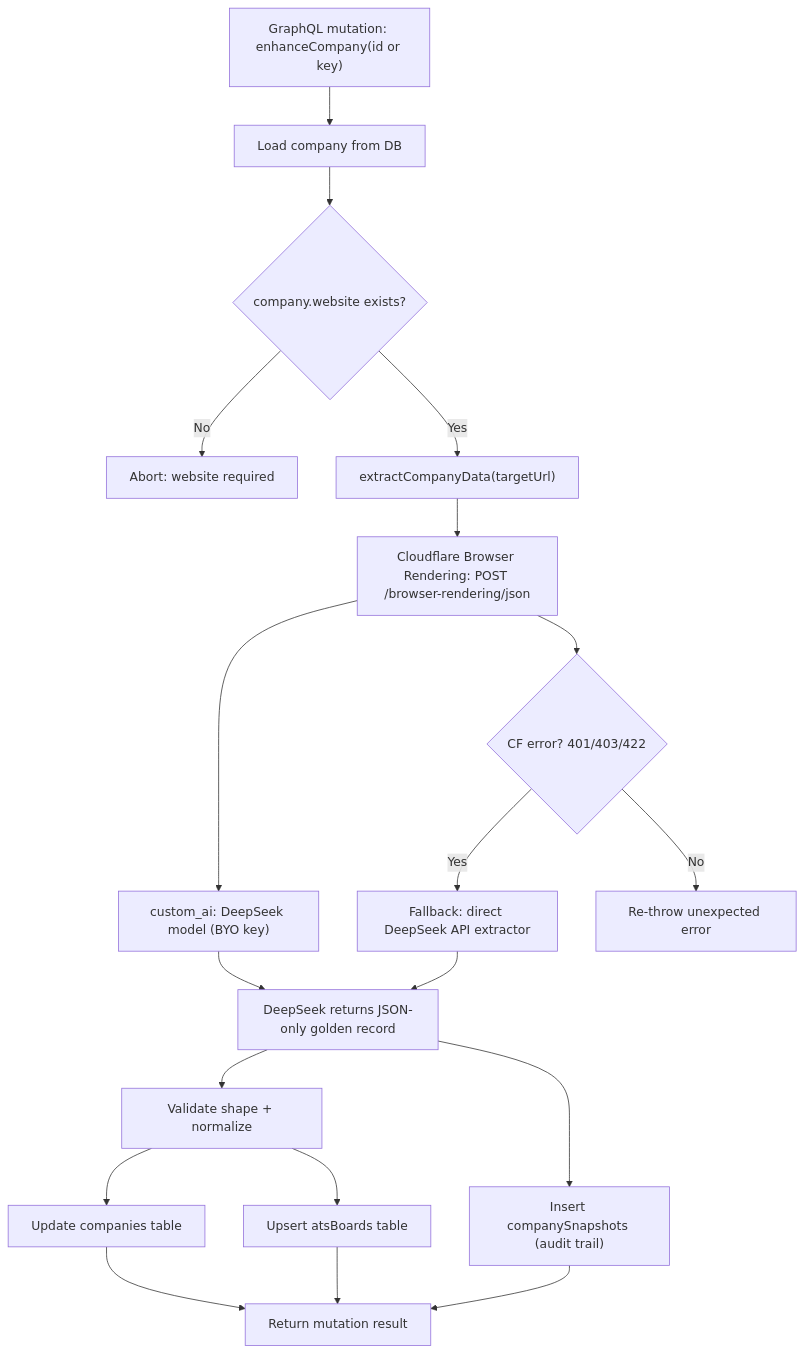
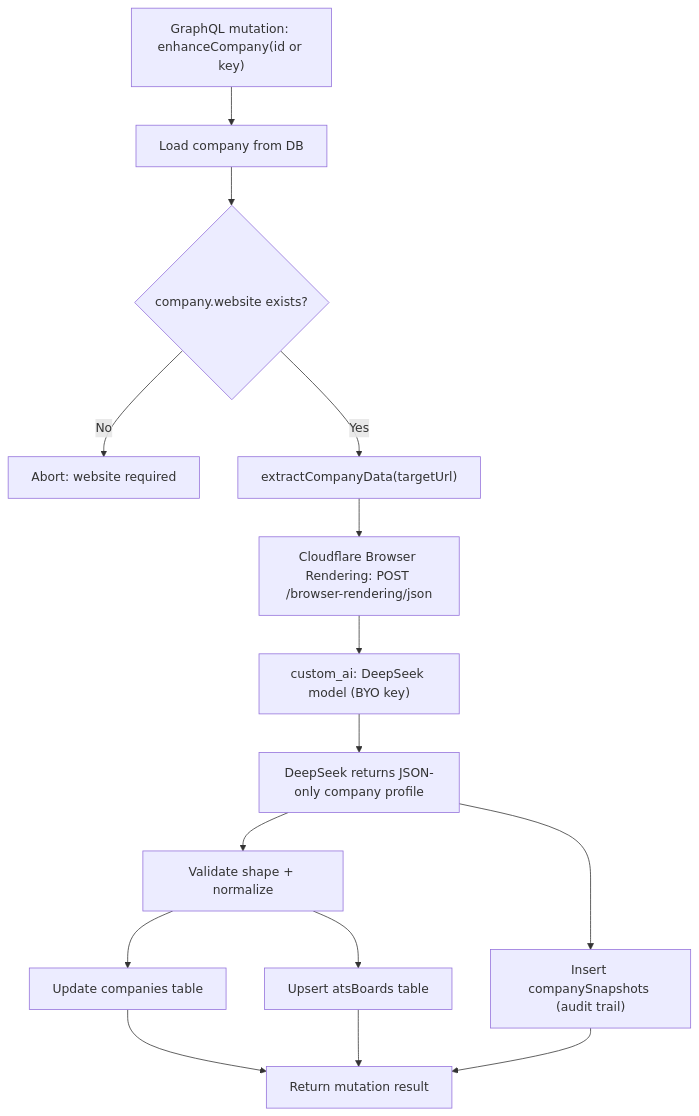
Before and after one commit to nicolad/vadim.blog: the second of 4 diagrams in blog/2026/02-10-ai-driven-company-enrichment-deepseek-cloudflare-browser-rendering/index.md, drawn with Mermaid. The commit also changed other lines of this file, not shown here.

````diff
--- a/blog/2026/02-10-ai-driven-company-enrichment-deepseek-cloudflare-browser-rendering/index.md
+++ b/blog/2026/02-10-ai-driven-company-enrichment-deepseek-cloudflare-browser-rendering/index.md
@@ -79,24 +78,20 @@
 ```mermaid
 flowchart TD
   A["GraphQL mutation: enhanceCompany(id or key)"] --> B["Load company from DB"]
   B --> C{"company.website exists?"}
   C -- "No" --> X["Abort: website required"]
   C -- "Yes" --> D["extractCompanyData(targetUrl)"]
 
   D --> E["Cloudflare Browser Rendering: POST /browser-rendering/json"]
   E --> F["custom_ai: DeepSeek model (BYO key)"]
-  F --> G["DeepSeek returns JSON-only golden record"]
+  F --> G["DeepSeek returns JSON-only company profile"]
 
   G --> H["Validate shape + normalize"]
   H --> I["Update companies table"]
   H --> J["Upsert atsBoards table"]
   G --> K["Insert companySnapshots (audit trail)"]
   I --> L["Return mutation result"]
   J --> L
   K --> L
 
-  E --> N{"CF error? 401/403/422"}
-  N -- "Yes" --> O["Fallback: direct DeepSeek API extractor"]
-  O --> G
-  N -- "No" --> P["Re-throw unexpected error"]
 ```
````
